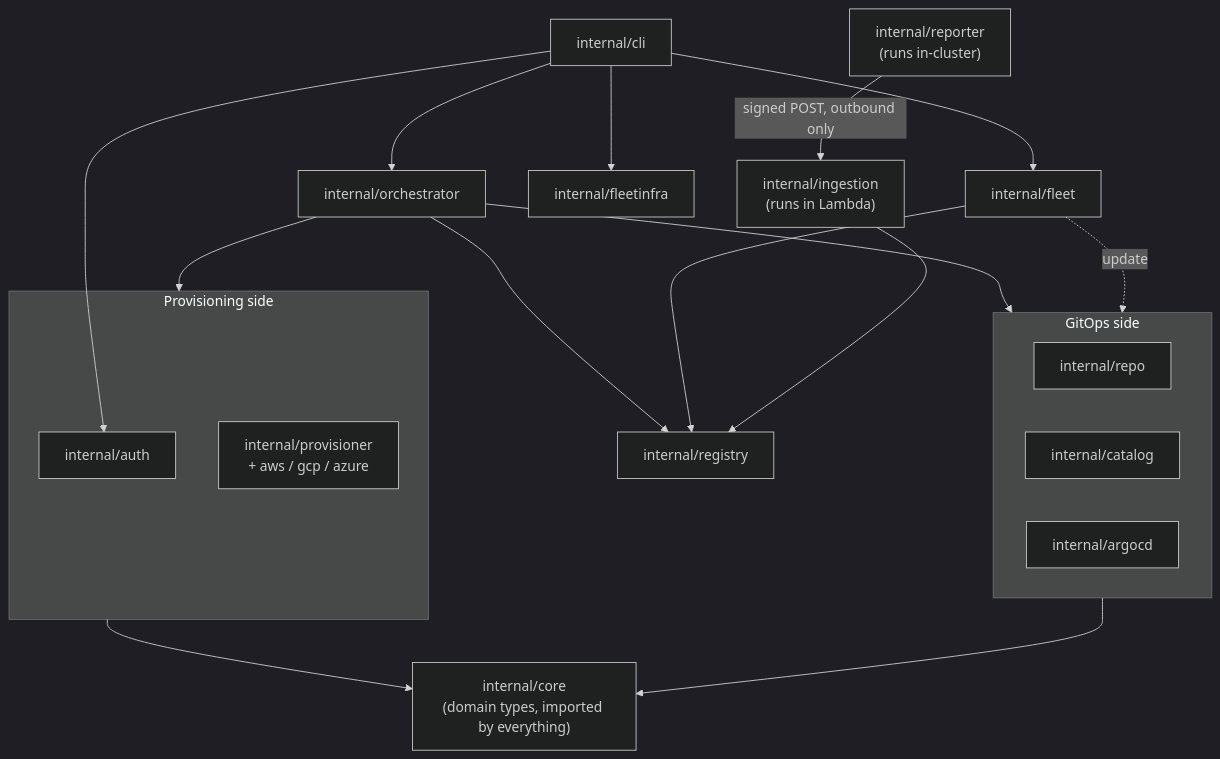
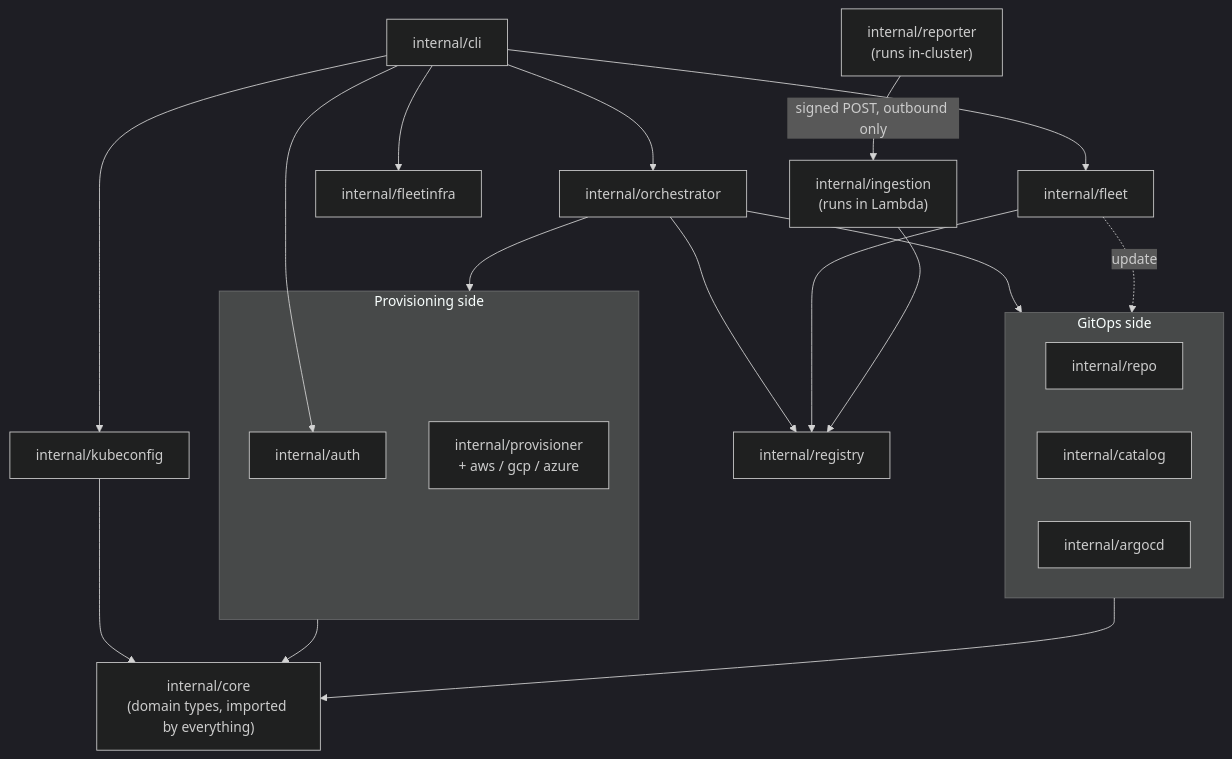
The diagram in docs/code-organization.md (GitOpsHub/kubespin), drawn with Mermaid (dark theme) before and after one commit. The commit also changed other lines of this file and 8 other files, not shown here.

````diff
--- a/docs/code-organization.md
+++ b/docs/code-organization.md
@@ -82,41 +84,44 @@
 ```mermaid
 flowchart TB
     core["internal/core<br/>(domain types, imported by everything)"]
 
     subgraph provisioning["Provisioning side"]
         auth["internal/auth"]
         provisioner["internal/provisioner<br/>+ aws / gcp / azure"]
     end
 
     subgraph gitops["GitOps side"]
         repo["internal/repo"]
         catalog["internal/catalog"]
         argocd["internal/argocd"]
     end
 
     orchestrator["internal/orchestrator"]
     registry["internal/registry"]
     fleet["internal/fleet"]
     cli["internal/cli"]
     fleetinfra["internal/fleetinfra"]
+    kubeconfig["internal/kubeconfig"]
 
     reporter["internal/reporter<br/>(runs in-cluster)"]
     ingestion["internal/ingestion<br/>(runs in Lambda)"]
 
     cli --> auth
     cli --> orchestrator
     cli --> fleet
     cli --> fleetinfra
+    cli --> kubeconfig
 
     orchestrator --> provisioning
     orchestrator --> gitops
     orchestrator --> registry
     fleet --> registry
     fleet -.->|update| gitops
 
     provisioning --> core
     gitops --> core
+    kubeconfig --> core
 
     reporter -->|"signed POST, outbound only"| ingestion
     ingestion --> registry
 ```
````
